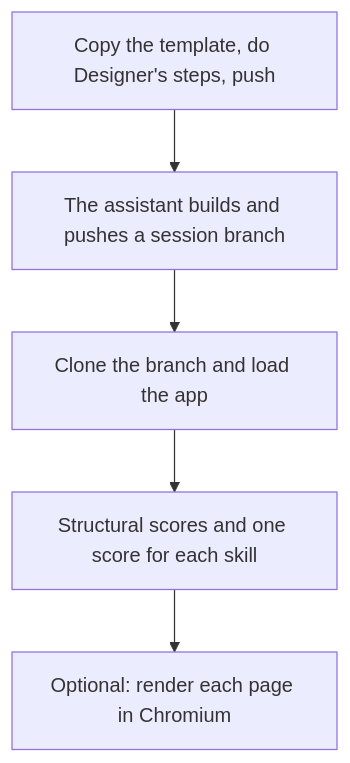
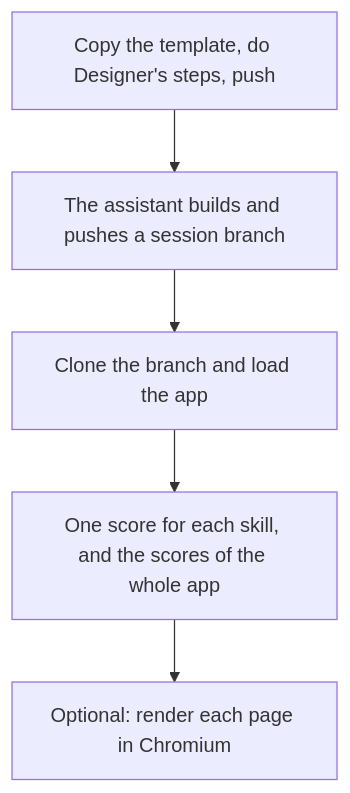
The second of 6 diagrams in src/AI/assistant/docs/modules/benchmarks.md (Altinn/altinn-studio), drawn with Mermaid before and after one commit. The commit also changed other lines of this file and 27 other files, not shown here.

````diff
--- a/src/AI/assistant/docs/modules/benchmarks.md
+++ b/src/AI/assistant/docs/modules/benchmarks.md
@@ -33,7 +33,7 @@
 ```mermaid
 flowchart TD
   T["Copy the template, do Designer's steps, push"] --> A["The assistant builds and pushes a session branch"]
   A --> B["Clone the branch and load the app"]
-  B --> C["Structural scores and one score for each skill"]
+  B --> C["One score for each skill, and the scores of the whole app"]
   C --> D["Optional: render each page in Chromium"]
 ```
````
